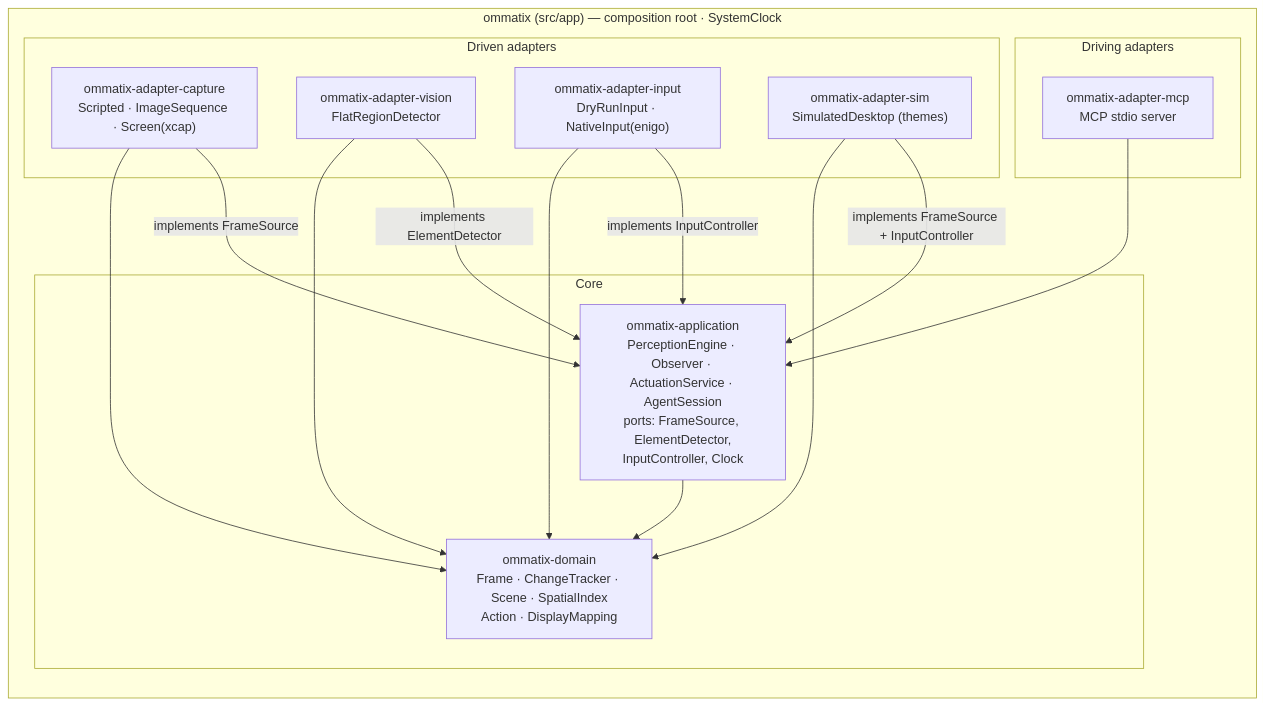
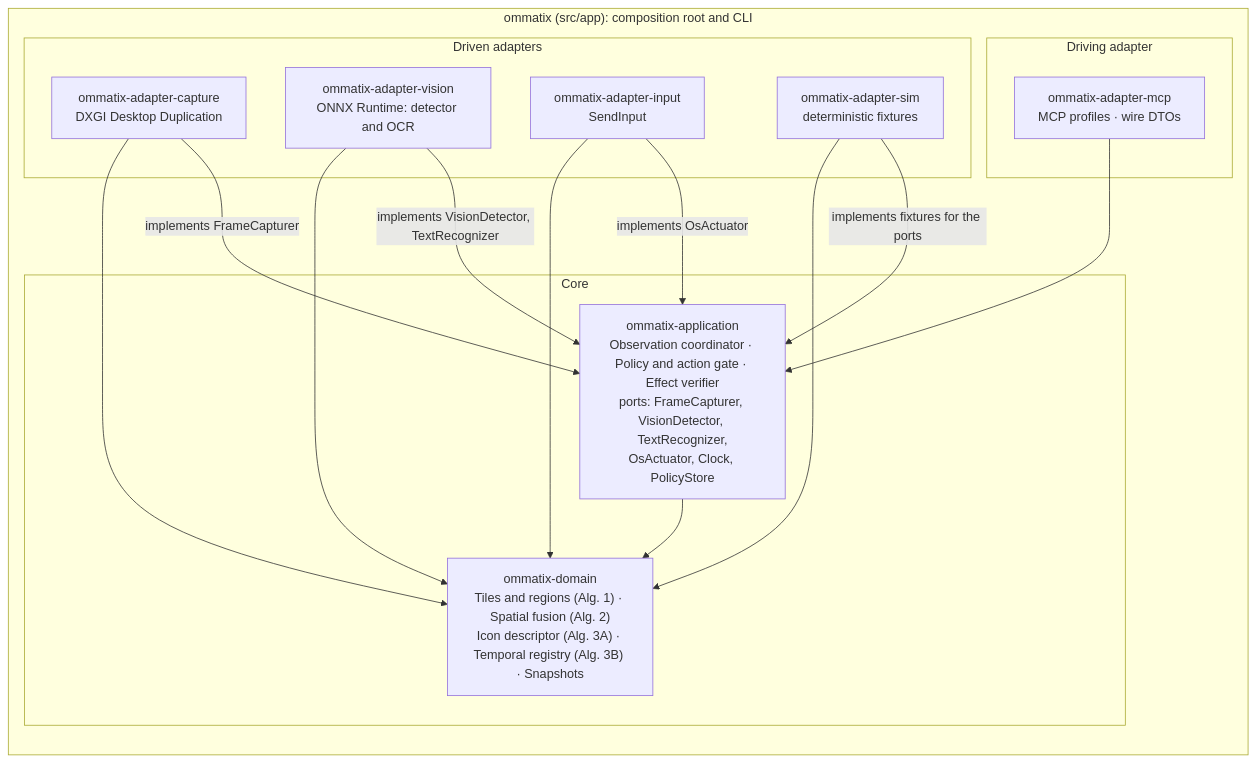
Before and after one commit to Yosoyepa/Ommatix: the diagram in docs/diagrams/hexagon.md, drawn with Mermaid. The commit also changed other lines of this file and 147 other files, not shown here.

````diff
--- a/docs/diagrams/hexagon.md
+++ b/docs/diagrams/hexagon.md
@@ -6,29 +8,29 @@
 ```mermaid
 flowchart TB
-    subgraph app["ommatix (src/app) — composition root · SystemClock"]
+    subgraph app["ommatix (src/app): composition root and CLI"]
       direction TB
-      subgraph driving["Driving adapters"]
-        mcp["ommatix-adapter-mcp<br/>MCP stdio server"]
+      subgraph driving["Driving adapter"]
+        mcp["ommatix-adapter-mcp<br/>MCP profiles · wire DTOs"]
       end
       subgraph core["Core"]
-        appl["ommatix-application<br/>PerceptionEngine · Observer · ActuationService · AgentSession<br/>ports: FrameSource, ElementDetector,<br/>InputController, Clock"]
-        dom["ommatix-domain<br/>Frame · ChangeTracker · Scene · SpatialIndex<br/>Action · DisplayMapping"]
+        appl["ommatix-application<br/>Observation coordinator · Policy and action gate · Effect verifier<br/>ports: FrameCapturer, VisionDetector, TextRecognizer,<br/>OsActuator, Clock, PolicyStore"]
+        dom["ommatix-domain<br/>Tiles and regions (Alg. 1) · Spatial fusion (Alg. 2)<br/>Icon descriptor (Alg. 3A) · Temporal registry (Alg. 3B) · Snapshots"]
       end
       subgraph driven["Driven adapters"]
-        cap["ommatix-adapter-capture<br/>Scripted · ImageSequence · Screen(xcap)"]
-        vis["ommatix-adapter-vision<br/>FlatRegionDetector"]
-        inp["ommatix-adapter-input<br/>DryRunInput · NativeInput(enigo)"]
-        sim["ommatix-adapter-sim<br/>SimulatedDesktop (themes)"]
+        cap["ommatix-adapter-capture<br/>DXGI Desktop Duplication"]
+        vis["ommatix-adapter-vision<br/>ONNX Runtime: detector and OCR"]
+        inp["ommatix-adapter-input<br/>SendInput"]
+        sim["ommatix-adapter-sim<br/>deterministic fixtures"]
       end
     end
     mcp --> appl
     appl --> dom
-    cap -->|implements FrameSource| appl
-    vis -->|implements ElementDetector| appl
-    inp -->|implements InputController| appl
-    sim -->|implements FrameSource + InputController| appl
+    cap -->|implements FrameCapturer| appl
+    vis -->|implements VisionDetector, TextRecognizer| appl
+    inp -->|implements OsActuator| appl
+    sim -->|implements fixtures for the ports| appl
     cap --> dom
     vis --> dom
     inp --> dom
     sim --> dom
 ```
````
